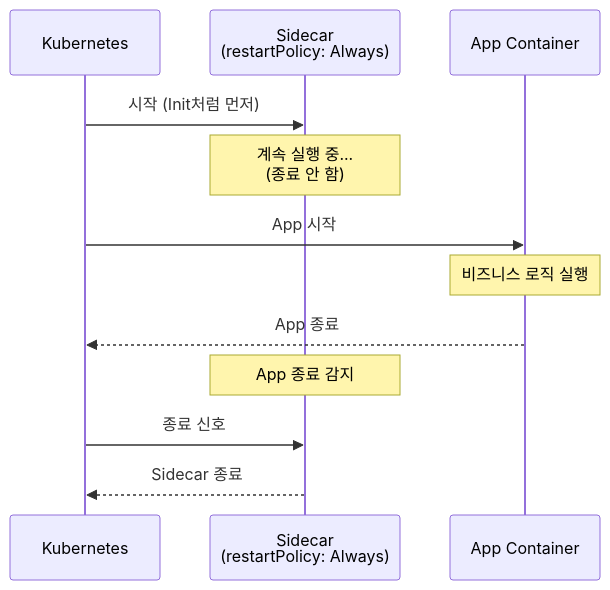
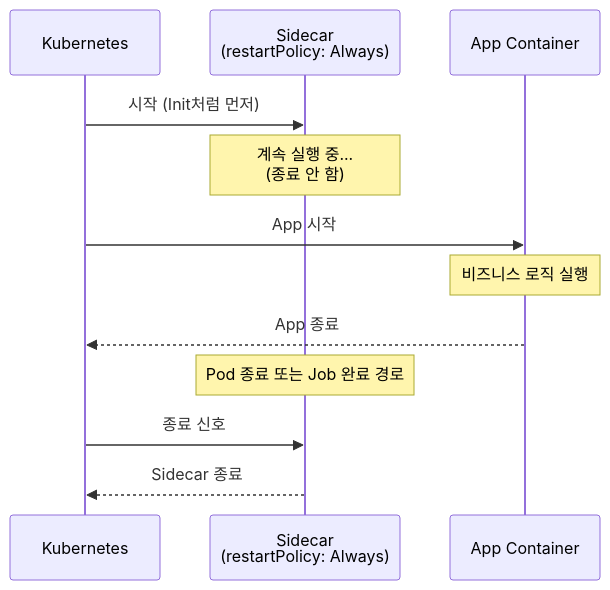
One commit to sskim91/TIL changed the fourth of 8 diagrams in kubernetes/Kubernetes-Pod.md. Above: the diagram before and after it, drawn with Mermaid. The commit also changed other lines of this file and 39 other files, not shown here.

````diff
--- a/kubernetes/Kubernetes-Pod.md
+++ b/kubernetes/Kubernetes-Pod.md
@@ -607,18 +460,18 @@
 ```mermaid
 sequenceDiagram
     participant K as Kubernetes
     participant S as Sidecar<br>(restartPolicy: Always)
     participant A as App Container
 
     K->>S: 시작 (Init처럼 먼저)
     Note over S: 계속 실행 중...<br>(종료 안 함)
 
     K->>A: App 시작
     Note over A: 비즈니스 로직 실행
 
     A-->>K: App 종료
 
-    Note over S: App 종료 감지
+    Note over S: Pod 종료 또는 Job 완료 경로
     K->>S: 종료 신호
     S-->>K: Sidecar 종료
 ```
````
